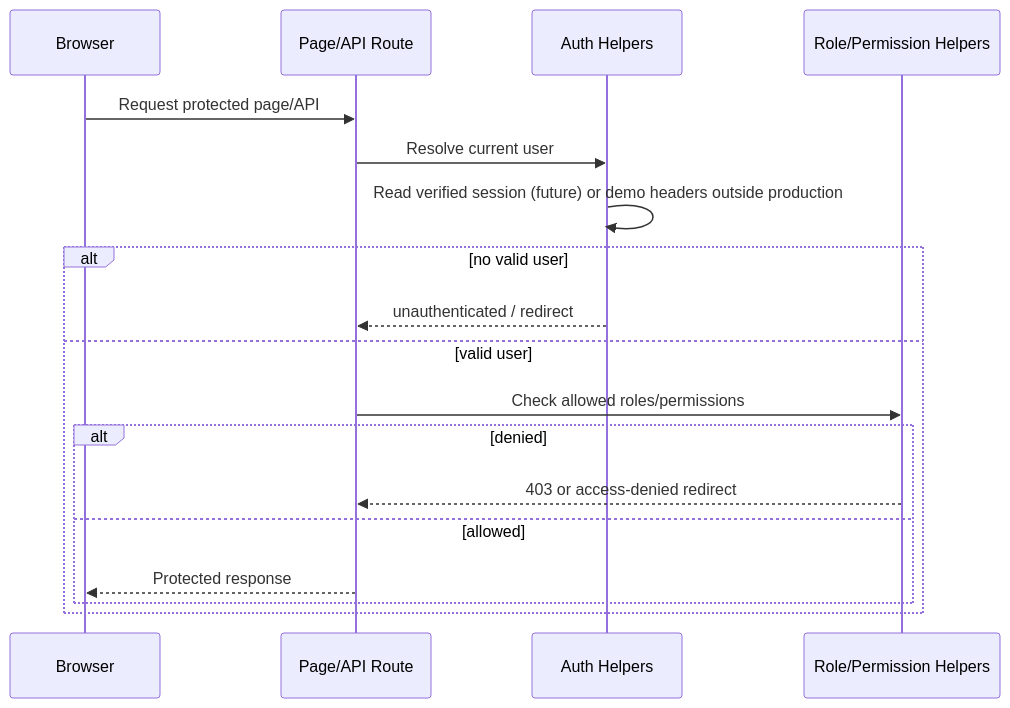
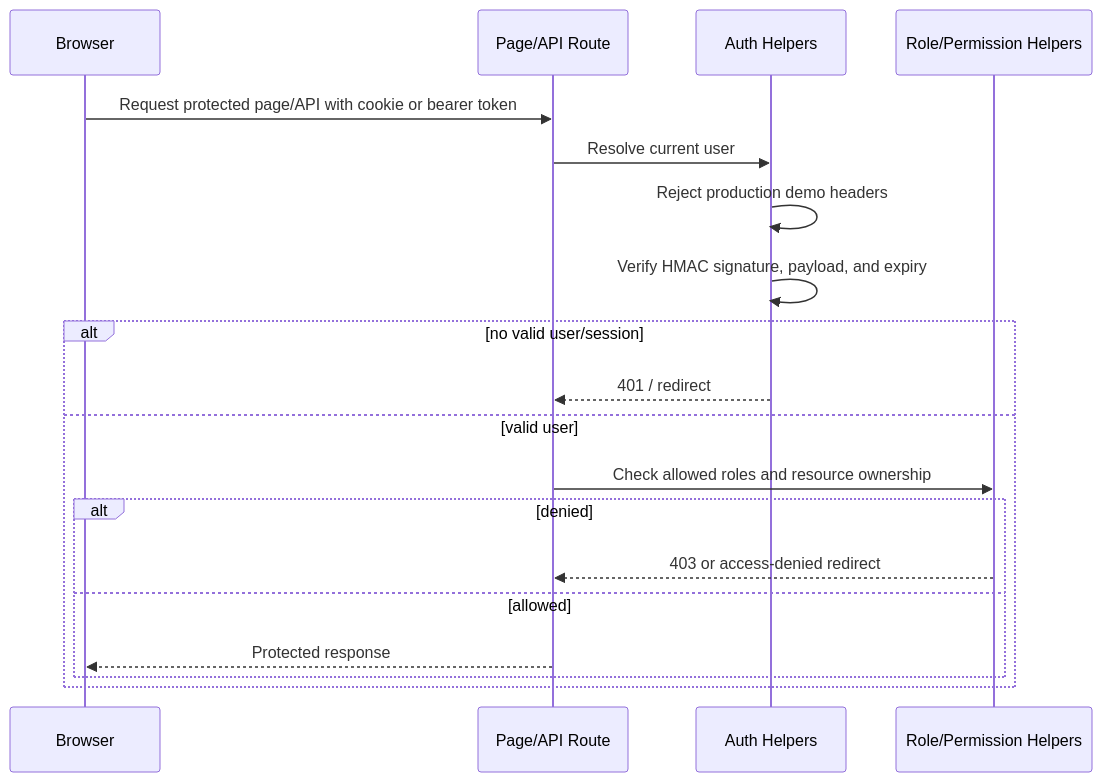
One commit to abou-cell/sihati-book-ma changed the third of 7 diagrams in docs/technical-architecture.md. Above: the diagram before and after it, drawn with Mermaid. The commit also changed other lines of this file and 7 other files, not shown here.

Commit message:
Implement production signed session auth

````diff
--- a/docs/technical-architecture.md
+++ b/docs/technical-architecture.md
@@ -150,21 +152,22 @@
 ```mermaid
 sequenceDiagram
   participant Browser
   participant Route as Page/API Route
   participant Auth as Auth Helpers
   participant Permissions as Role/Permission Helpers
 
-  Browser->>Route: Request protected page/API
+  Browser->>Route: Request protected page/API with cookie or bearer token
   Route->>Auth: Resolve current user
-  Auth->>Auth: Read verified session (future) or demo headers outside production
-  alt no valid user
-    Auth-->>Route: unauthenticated / redirect
+  Auth->>Auth: Reject production demo headers
+  Auth->>Auth: Verify HMAC signature, payload, and expiry
+  alt no valid user/session
+    Auth-->>Route: 401 / redirect
   else valid user
-    Route->>Permissions: Check allowed roles/permissions
+    Route->>Permissions: Check allowed roles and resource ownership
     alt denied
       Permissions-->>Route: 403 or access-denied redirect
     else allowed
       Route-->>Browser: Protected response
     end
   end
 ```
````
